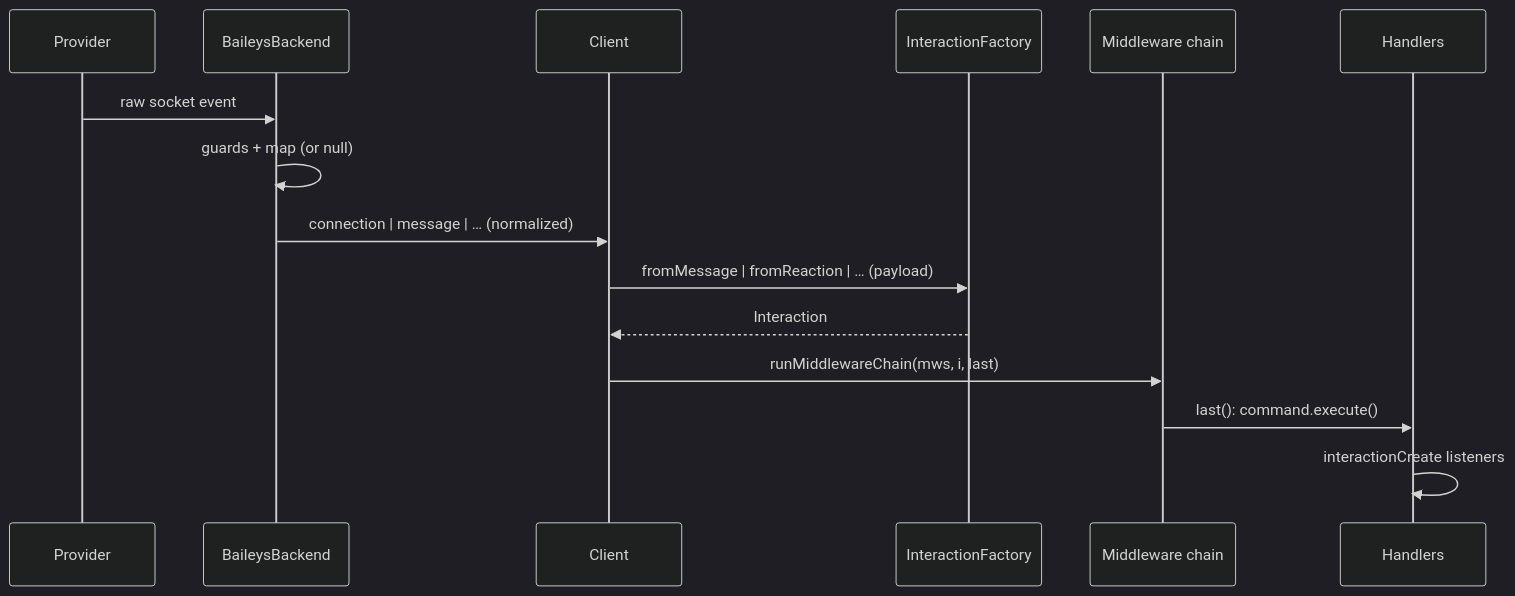
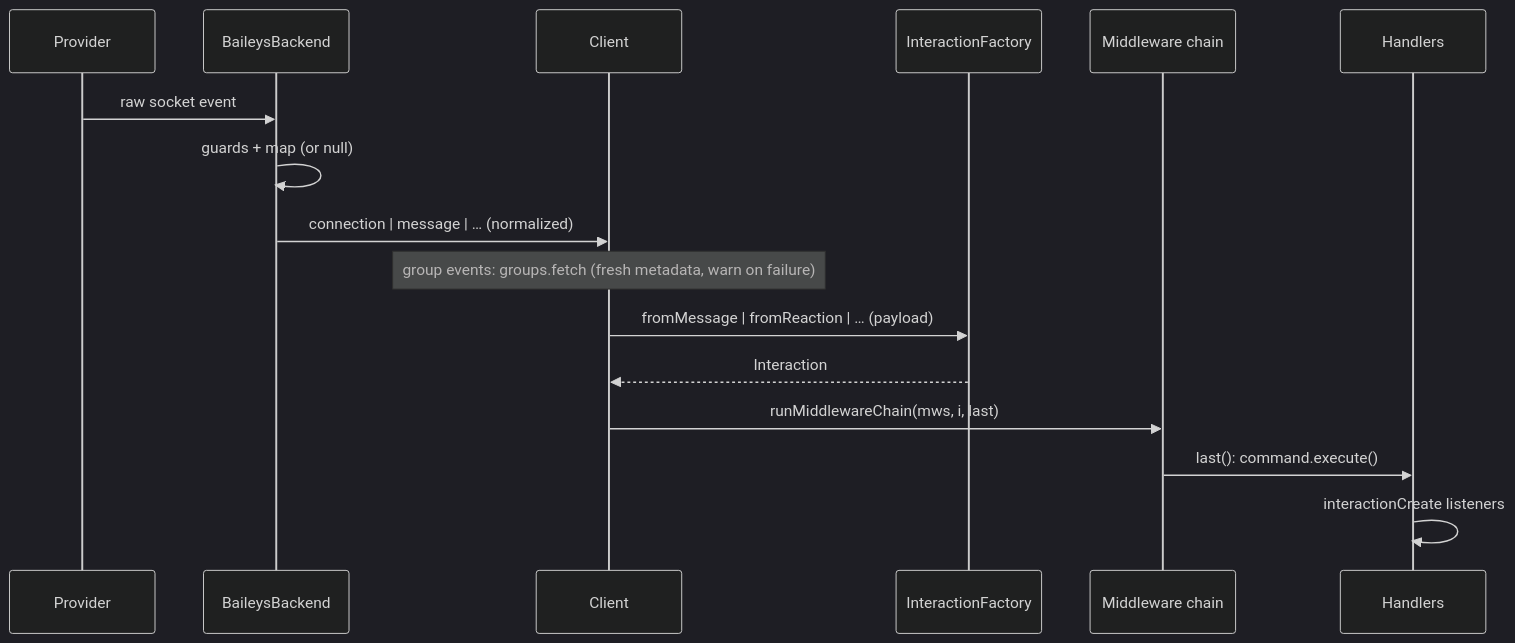
One commit to Gustavo10Destroyer/libwa-docs changed the second of 3 diagrams in architecture/event-pipeline.md. Above: the diagram before and after it, drawn with Mermaid (dark theme). The commit also changed other lines of this file, not shown here.

Commit message:
docs(architecture): document the group metadata refresh stage

````diff
--- a/architecture/event-pipeline.md
+++ b/architecture/event-pipeline.md
@@ -44,18 +46,19 @@
 ```mermaid
 sequenceDiagram
     participant P as Provider
     participant B as BaileysBackend
     participant C as Client
     participant F as InteractionFactory
     participant M as Middleware chain
     participant L as Handlers
 
     P->>B: raw socket event
     B->>B: guards + map (or null)
     B->>C: connection | message | … (normalized)
+    Note over C: group events: groups.fetch (fresh metadata, warn on failure)
     C->>F: fromMessage | fromReaction | … (payload)
     F-->>C: Interaction
     C->>M: runMiddlewareChain(mws, i, last)
     M->>L: last(): command.execute()
     L->>L: interactionCreate listeners
 ```
````
